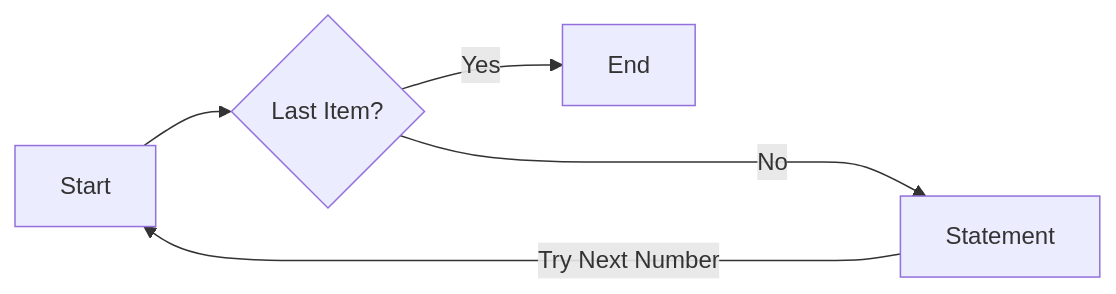
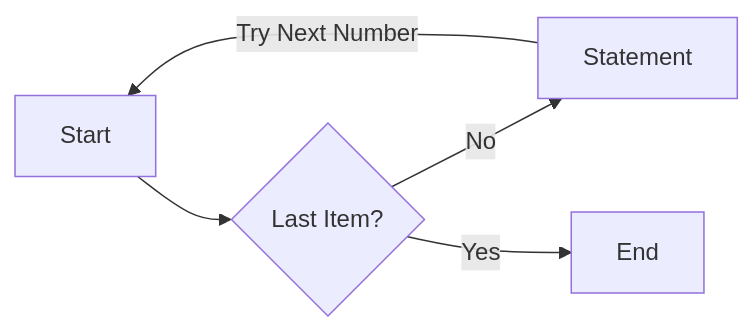
Before and after one commit to PrepVerse/CodePoint: the diagram in docs/codepoint/striver_a2z_dsa_sheet_solution/step01/step1.1/For-Loops.md, drawn with Mermaid. The commit also changed other lines of this file and 6 other files, not shown here.

````diff
--- a/docs/codepoint/striver_a2z_dsa_sheet_solution/step01/step1.1/For-Loops.md
+++ b/docs/codepoint/striver_a2z_dsa_sheet_solution/step01/step1.1/For-Loops.md
@@ -1,7 +1,7 @@
 ``` mermaid
 graph LR
   A[Start] --> B{Last Item?};
-  B ---->|No| E[Statement];
+  B -->|No| E[Statement];
   E[Statement] -->|Try Next Number| A[Start];
   B -->|Yes| C[End];
 ```
````
